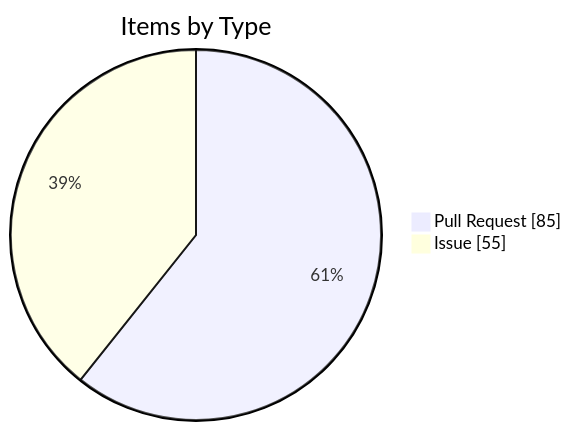
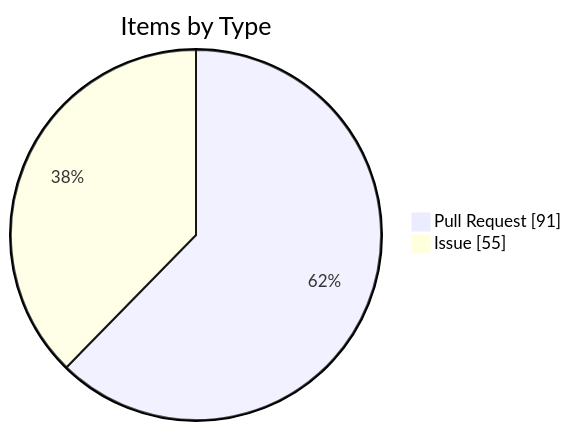
One commit to KBVE/kbve changed the fourth of 4 diagrams in apps/kbve/astro-kbve/src/content/docs/dashboard/kanban-data.mdx. Above: the diagram before and after it, drawn with Mermaid. The commit also changed other lines of this file and 8 other files, not shown here.

````diff
--- a/apps/kbve/astro-kbve/src/content/docs/dashboard/kanban-data.mdx
+++ b/apps/kbve/astro-kbve/src/content/docs/dashboard/kanban-data.mdx
@@ -116,6 +115,6 @@
 ```mermaid
 pie showData
     title Items by Type
-    "Pull Request" : 85
+    "Pull Request" : 91
     "Issue" : 55
 ```
````
